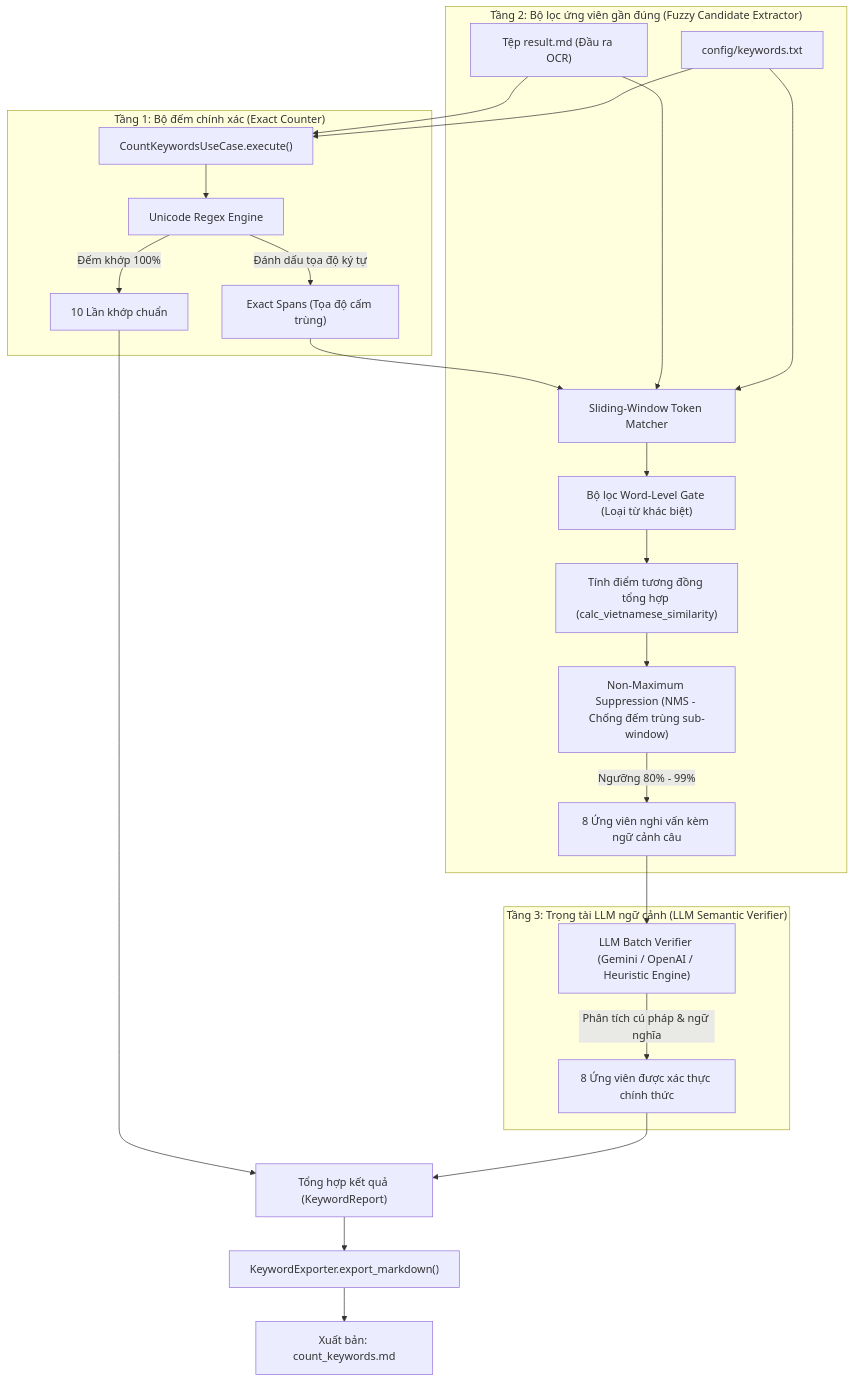
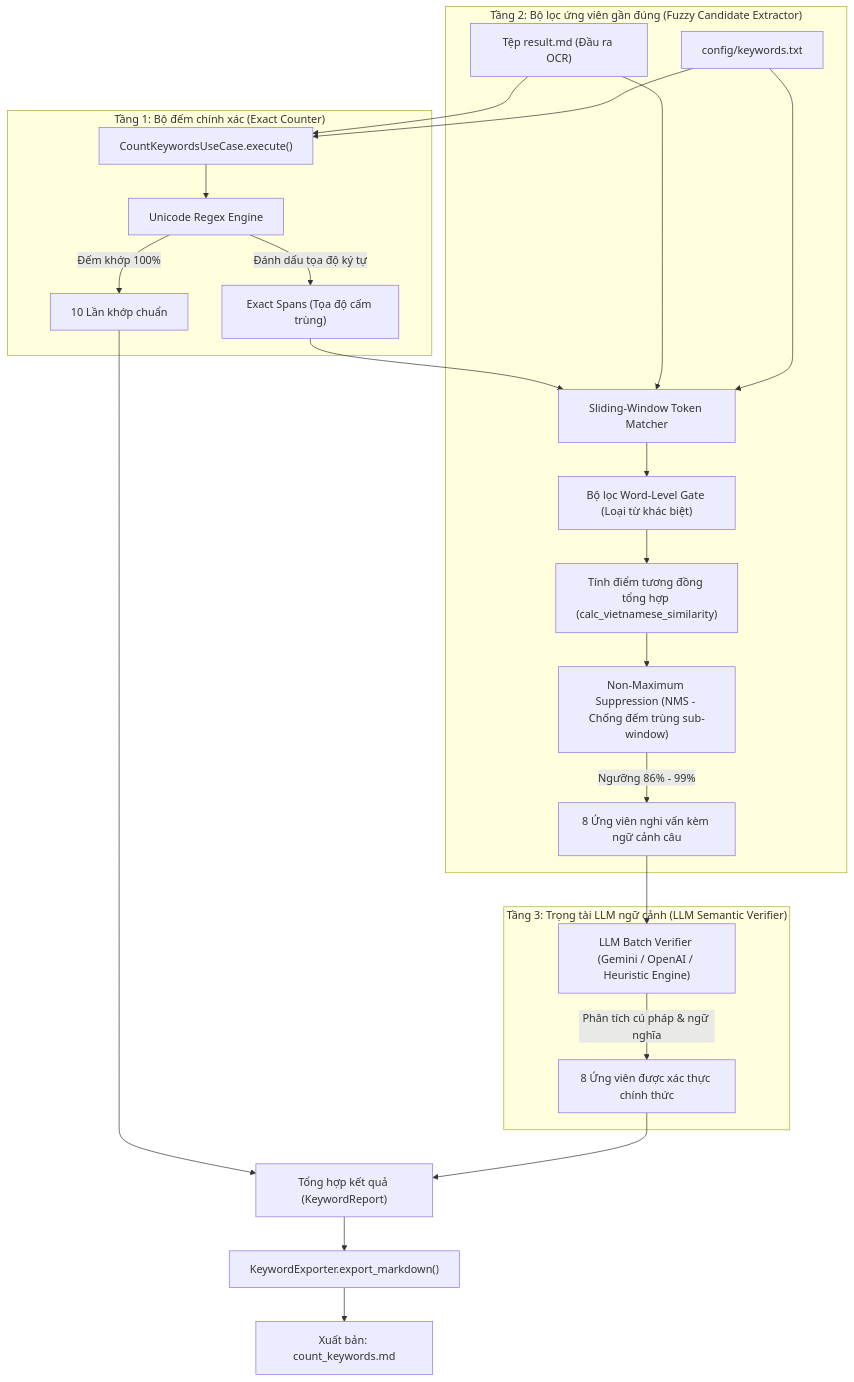
The diagram in docs/E2E_KEYWORD_COUNTER_REPORT.md (VuTuanAn1403/OCR_pdf), drawn with Mermaid before and after one commit. The commit also changed 1 other file, not shown here.

Commit message:
fix(llm): align heuristic threshold to 86% in llm_verifier and update docs

````diff
--- a/docs/E2E_KEYWORD_COUNTER_REPORT.md
+++ b/docs/E2E_KEYWORD_COUNTER_REPORT.md
@@ -26,28 +26,28 @@
 ```mermaid
 flowchart TD
     A["Tệp result.md (Đầu ra OCR)"] --> B["CountKeywordsUseCase.execute()"]
     K["config/keywords.txt"] --> B
     
     subgraph S1["Tầng 1: Bộ đếm chính xác (Exact Counter)"]
         B --> C["Unicode Regex Engine"]
         C -->|Đếm khớp 100%| E1["10 Lần khớp chuẩn"]
         C -->|Đánh dấu tọa độ ký tự| SP["Exact Spans (Tọa độ cấm trùng)"]
     end
     
     subgraph S2["Tầng 2: Bộ lọc ứng viên gần đúng (Fuzzy Candidate Extractor)"]
         SP & A & K --> D["Sliding-Window Token Matcher"]
         D --> W["Bộ lọc Word-Level Gate (Loại từ khác biệt)"]
         W --> V["Tính điểm tương đồng tổng hợp (calc_vietnamese_similarity)"]
         V --> N["Non-Maximum Suppression (NMS - Chống đếm trùng sub-window)"]
-        N -->|Ngưỡng 80% - 99%| CANDS["8 Ứng viên nghi vấn kèm ngữ cảnh câu"]
+        N -->|Ngưỡng 86% - 99%| CANDS["8 Ứng viên nghi vấn kèm ngữ cảnh câu"]
     end
     
     subgraph S3["Tầng 3: Trọng tài LLM ngữ cảnh (LLM Semantic Verifier)"]
         CANDS --> L["LLM Batch Verifier (Gemini / OpenAI / Heuristic Engine)"]
         L -->|Phân tích cú pháp & ngữ nghĩa| CONF["8 Ứng viên được xác thực chính thức"]
     end
     
     E1 & CONF --> R["Tổng hợp kết quả (KeywordReport)"]
     R --> EXP["KeywordExporter.export_markdown()"]
     EXP --> OUT["Xuất bản: count_keywords.md"]
 ```
````
